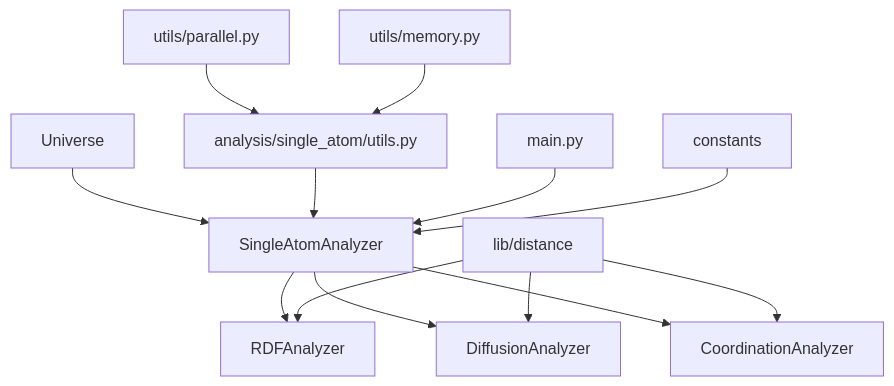
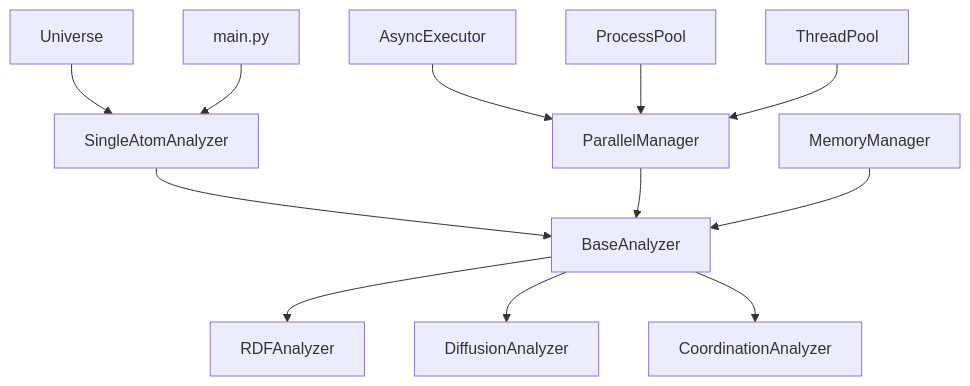
Before and after one commit to IMPNanoLabMDTeam/MDemon: the diagram in MDemon/analysis/single_atom/单原子分析架构计划书.md, drawn with Mermaid. The commit also changed other lines of this file, not shown here.

````diff
--- a/MDemon/analysis/single_atom/单原子分析架构计划书.md
+++ b/MDemon/analysis/single_atom/单原子分析架构计划书.md
@@ -54,19 +52,16 @@
 ```mermaid
 graph TB
     A[Universe] --> B[SingleAtomAnalyzer]
-    B --> C[RDFAnalyzer]
-    B --> D[DiffusionAnalyzer]
-    B --> E[CoordinationAnalyzer]
+    B --> C[BaseAnalyzer]
+    C --> D[RDFAnalyzer]
+    C --> E[DiffusionAnalyzer]
+    C --> F[CoordinationAnalyzer]
     
-    F[utils/parallel.py] --> G[analysis/single_atom/utils.py]
-    H[utils/memory.py] --> G
-    G --> B
-    
+    G[ParallelManager] --> C
+    H[MemoryManager] --> C
     I[main.py] --> B
     
-    J[lib/distance] --> C
-    J --> D
-    J --> E
-    
-    K[constants] --> B
+    J[AsyncExecutor] --> G
+    K[ProcessPool] --> G
+    L[ThreadPool] --> G
 ```
````
